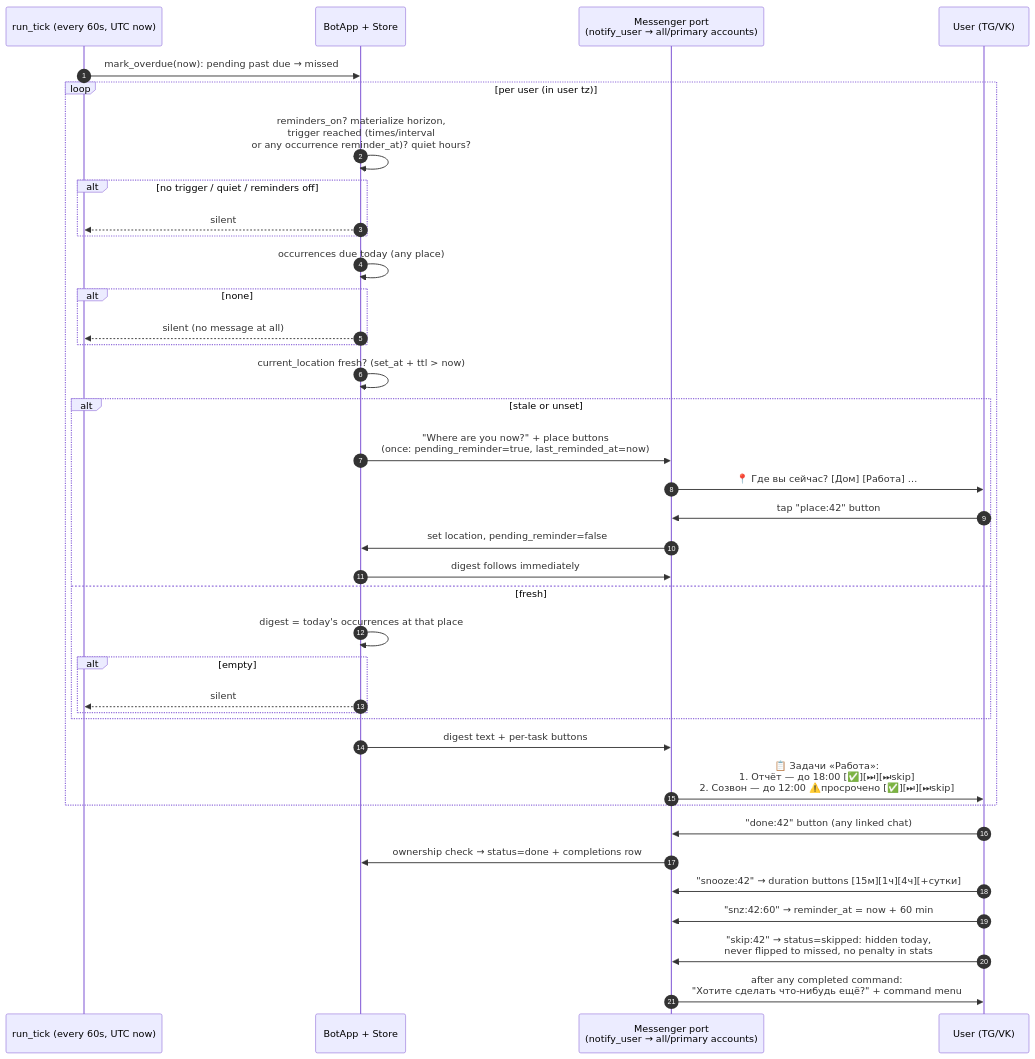
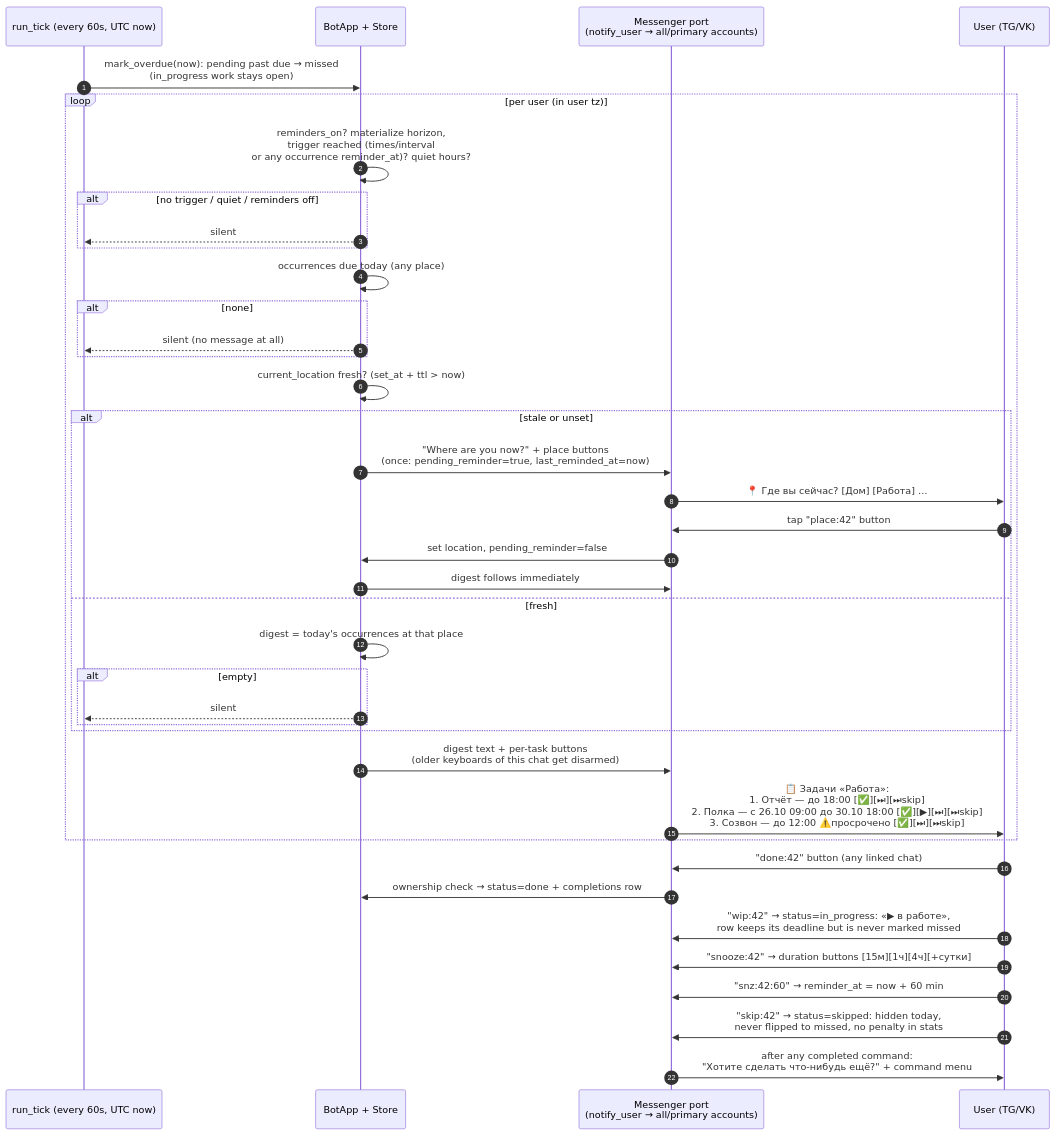
One commit to edombek/taskshed changed the diagram in docs/diagrams/reminder-flow.mmd. Above: the diagram before and after it, drawn with Mermaid. The commit also changed 18 other files, not shown here.

First line of the commit message:
feat(tasks): one-off tasks span time, with a «В работе» status

```diff
--- a/docs/diagrams/reminder-flow.mmd
+++ b/docs/diagrams/reminder-flow.mmd
@@ -1,39 +1,40 @@
 sequenceDiagram
     autonumber
     participant Sch as run_tick (every 60s, UTC now)
     participant Core as BotApp + Store
     participant Msg as Messenger port<br/>(notify_user → all/primary accounts)
     participant U as User (TG/VK)
 
-    Sch->>Core: mark_overdue(now): pending past due → missed
+    Sch->>Core: mark_overdue(now): pending past due → missed<br/>(in_progress work stays open)
     loop per user (in user tz)
         Core->>Core: reminders_on? materialize horizon,<br/>trigger reached (times/interval<br/>or any occurrence reminder_at)? quiet hours?
         alt no trigger / quiet / reminders off
             Core-->>Sch: silent
         end
         Core->>Core: occurrences due today (any place)
         alt none
             Core-->>Sch: silent (no message at all)
         end
         Core->>Core: current_location fresh? (set_at + ttl > now)
         alt stale or unset
             Core->>Msg: "Where are you now?" + place buttons<br/>(once: pending_reminder=true, last_reminded_at=now)
             Msg->>U: 📍 Где вы сейчас? [Дом] [Работа] …
             U->>Msg: tap "place:42" button
             Msg->>Core: set location, pending_reminder=false
             Core->>Msg: digest follows immediately
         else fresh
             Core->>Core: digest = today's occurrences at that place
             alt empty
                 Core-->>Sch: silent
             end
         end
-        Core->>Msg: digest text + per-task buttons
-        Msg->>U: 📋 Задачи «Работа»:<br/>1. Отчёт — до 18:00 [✅][⏭][⏭skip]<br/>2. Созвон — до 12:00 ⚠️просрочено [✅][⏭][⏭skip]
+        Core->>Msg: digest text + per-task buttons<br/>(older keyboards of this chat get disarmed)
+        Msg->>U: 📋 Задачи «Работа»:<br/>1. Отчёт — до 18:00 [✅][⏭][⏭skip]<br/>2. Полка — с 26.10 09:00 до 30.10 18:00 [✅][▶][⏭][⏭skip]<br/>3. Созвон — до 12:00 ⚠️просрочено [✅][⏭][⏭skip]
     end
     U->>Msg: "done:42" button (any linked chat)
     Msg->>Core: ownership check → status=done + completions row
+    U->>Msg: "wip:42" → status=in_progress: «▶ в работе»,<br/>row keeps its deadline but is never marked missed
     U->>Msg: "snooze:42" → duration buttons [15м][1ч][4ч][+сутки]
     U->>Msg: "snz:42:60" → reminder_at = now + 60 min
     U->>Msg: "skip:42" → status=skipped: hidden today,<br/>never flipped to missed, no penalty in stats
     Msg->>U: after any completed command:<br/>"Хотите сделать что-нибудь ещё?" + command menu
```
